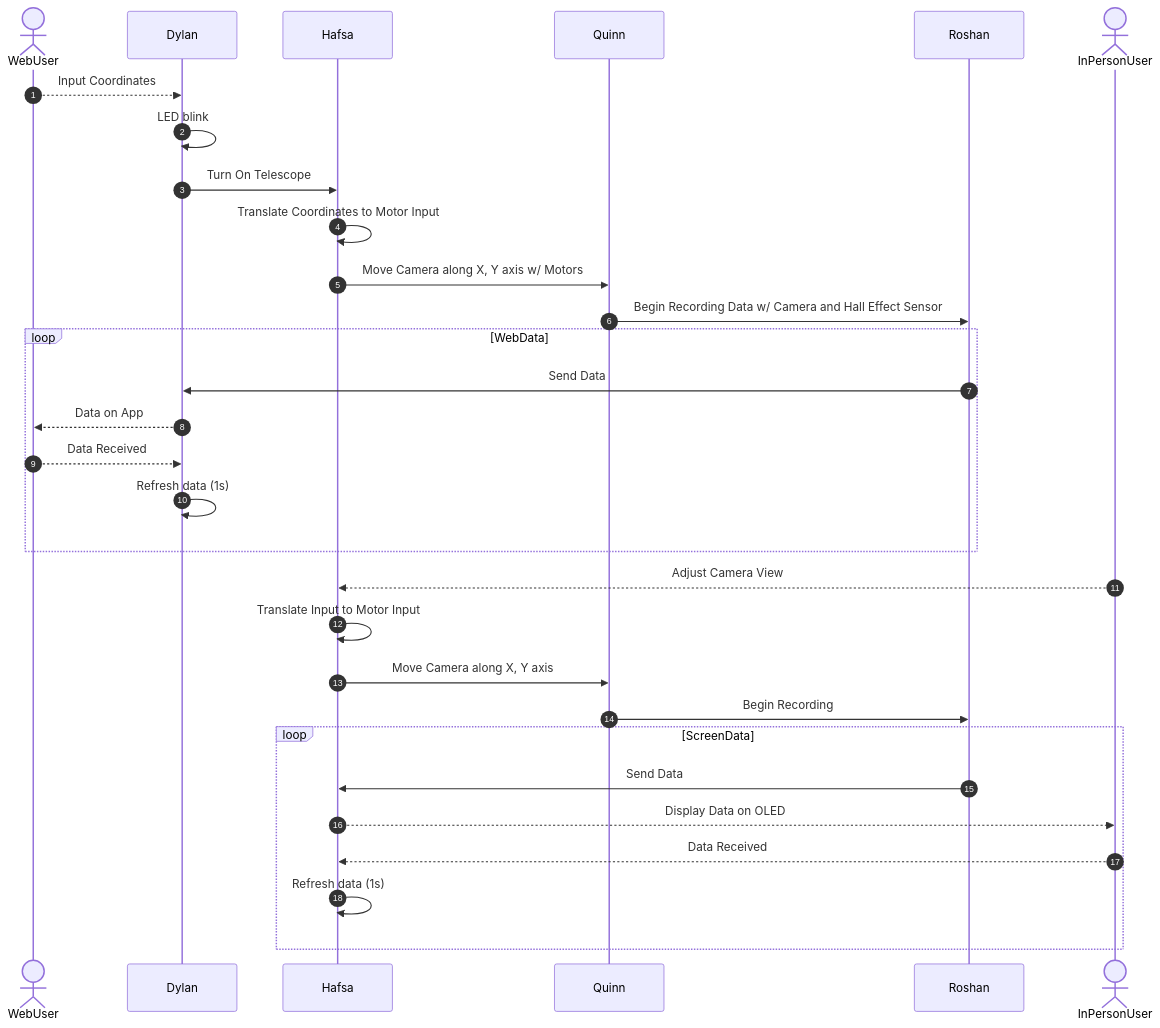
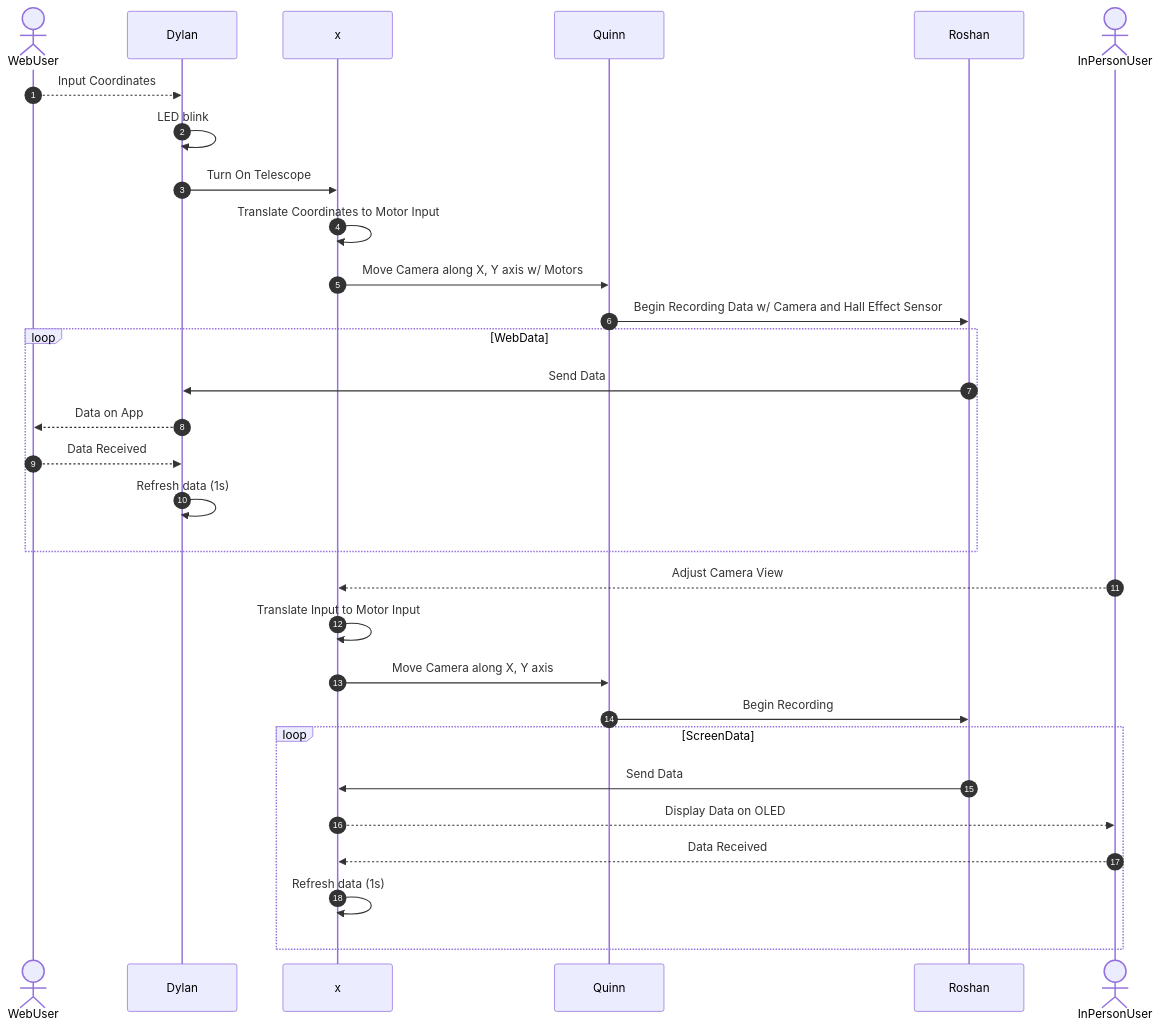
The diagram in docs/04-Team-Diagram.md (EGR314-S-2026-304/EGR314-S-2026-304.github.io), drawn with Mermaid before and after one commit.

````diff
--- a/docs/04-Team-Diagram.md
+++ b/docs/04-Team-Diagram.md
@@ -13,28 +13,28 @@
 ``` mermaid
 sequenceDiagram
   autonumber
   actor WebUser
   WebUser-->>Dylan: Input Coordinates
   Dylan->>Dylan: LED blink
-  Dylan->>Hafsa: Turn On Telescope
-  Hafsa->>Hafsa: Translate Coordinates to Motor Input
-  Hafsa->>Quinn: Move Camera along X, Y axis w/ Motors
+  Dylan->>x: Turn On Telescope
+  x->>x: Translate Coordinates to Motor Input
+  x->>Quinn: Move Camera along X, Y axis w/ Motors
   Quinn->>Roshan: Begin Recording Data w/ Camera and Hall Effect Sensor
   loop WebData
     Roshan->>Dylan: Send Data
     Dylan-->>WebUser: Data on App
     WebUser-->>Dylan: Data Received
     Dylan->>Dylan: Refresh data (1s)
   end
   actor InPersonUser
-  InPersonUser-->>Hafsa: Adjust Camera View
-  Hafsa->>Hafsa: Translate Input to Motor Input
-  Hafsa->>Quinn: Move Camera along X, Y axis
+  InPersonUser-->>x: Adjust Camera View
+  x->>x: Translate Input to Motor Input
+  x->>Quinn: Move Camera along X, Y axis
   Quinn->>Roshan: Begin Recording
   loop ScreenData
-    Roshan->>Hafsa: Send Data
-    Hafsa-->>InPersonUser: Display Data on OLED
-    InPersonUser-->>Hafsa: Data Received
-    Hafsa->>Hafsa: Refresh data (1s)
+    Roshan->>x: Send Data
+    x-->>InPersonUser: Display Data on OLED
+    InPersonUser-->>x: Data Received
+    x->>x: Refresh data (1s)
   end
 ```
````
